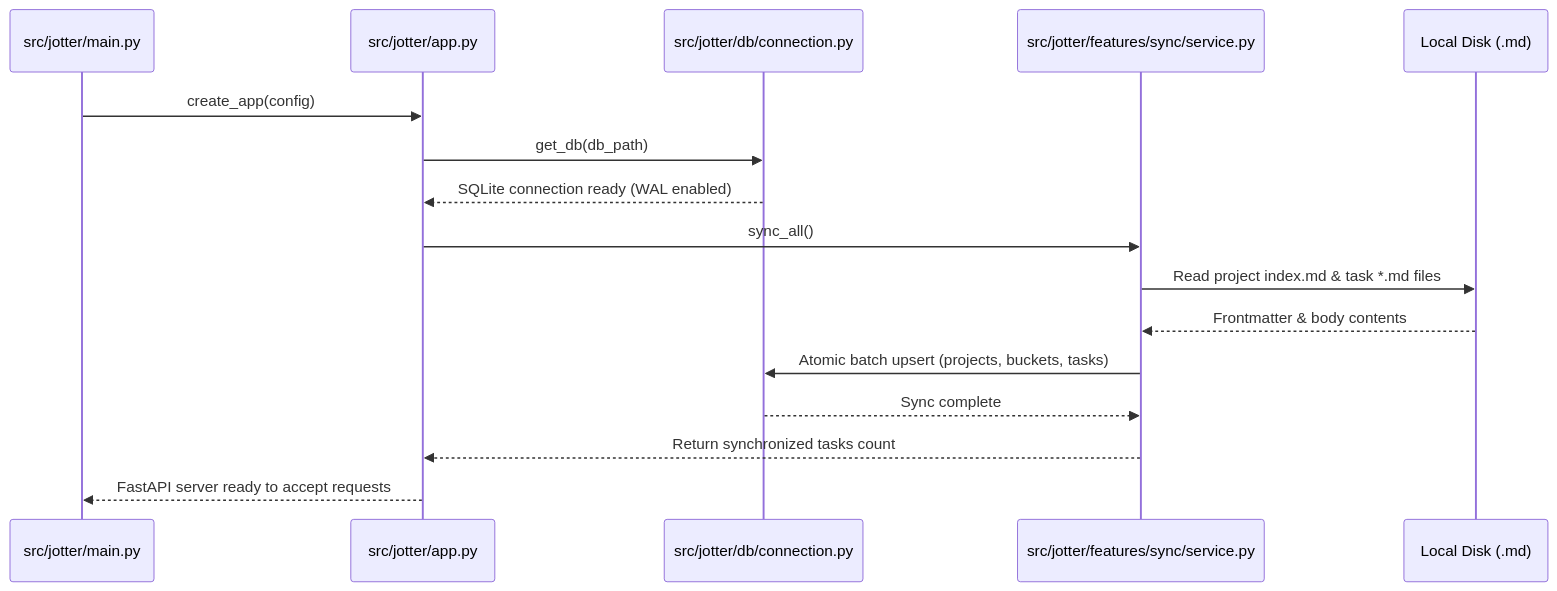
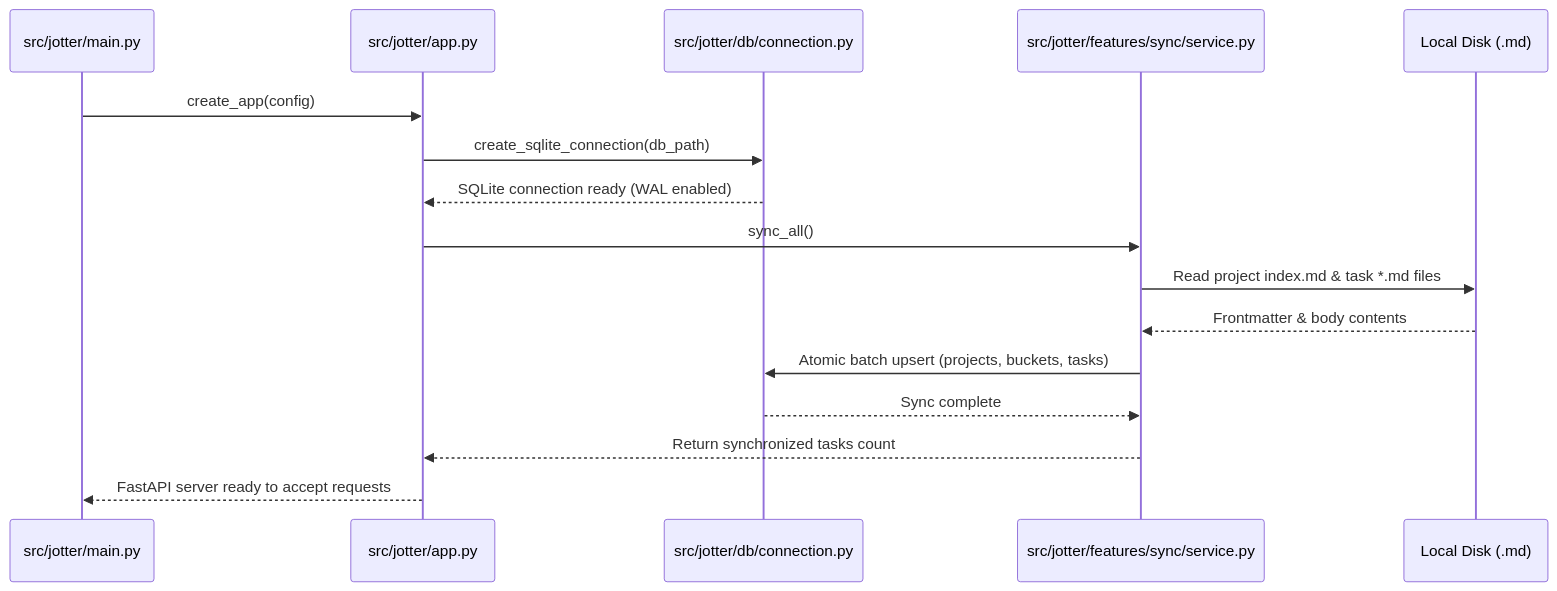
One commit to simon123h/Jotter changed the fourth of 4 diagrams in docs/developer/architecture.md. Above: the diagram before and after it, drawn with Mermaid. The commit also changed other lines of this file and 11 other files, not shown here.

First line of the commit message:
fix(api): open a SQLite connection per request instead of sharing thread-local ones

````diff
--- a/docs/developer/architecture.md
+++ b/docs/developer/architecture.md
@@ -124,19 +124,19 @@
 ```mermaid
 sequenceDiagram
     participant Main as src/jotter/main.py
     participant App as src/jotter/app.py
     participant DB as src/jotter/db/connection.py
     participant Sync as src/jotter/features/sync/service.py
     participant Disk as Local Disk (.md)
 
     Main->>App: create_app(config)
-    App->>DB: get_db(db_path)
+    App->>DB: create_sqlite_connection(db_path)
     DB-->>App: SQLite connection ready (WAL enabled)
     App->>Sync: sync_all()
     Sync->>Disk: Read project index.md & task *.md files
     Disk-->>Sync: Frontmatter & body contents
     Sync->>DB: Atomic batch upsert (projects, buckets, tasks)
     DB-->>Sync: Sync complete
     Sync-->>App: Return synchronized tasks count
     App-->>Main: FastAPI server ready to accept requests
 ```
````
